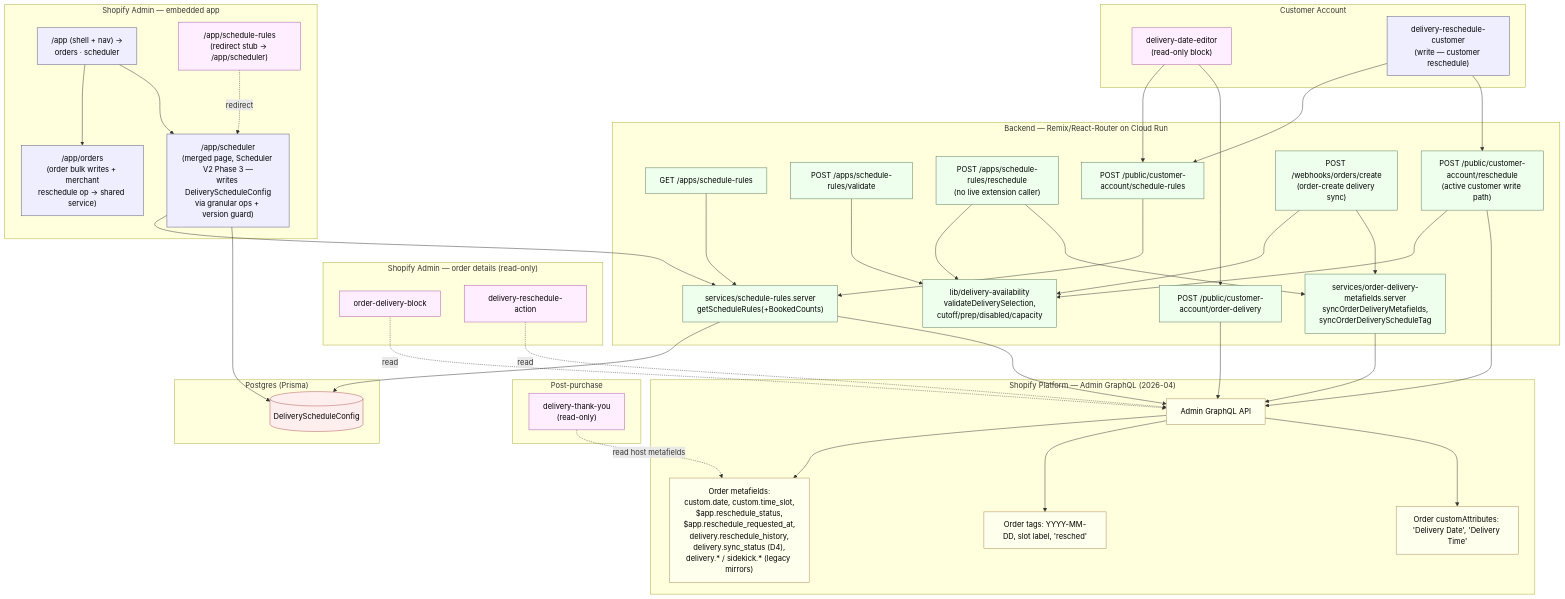
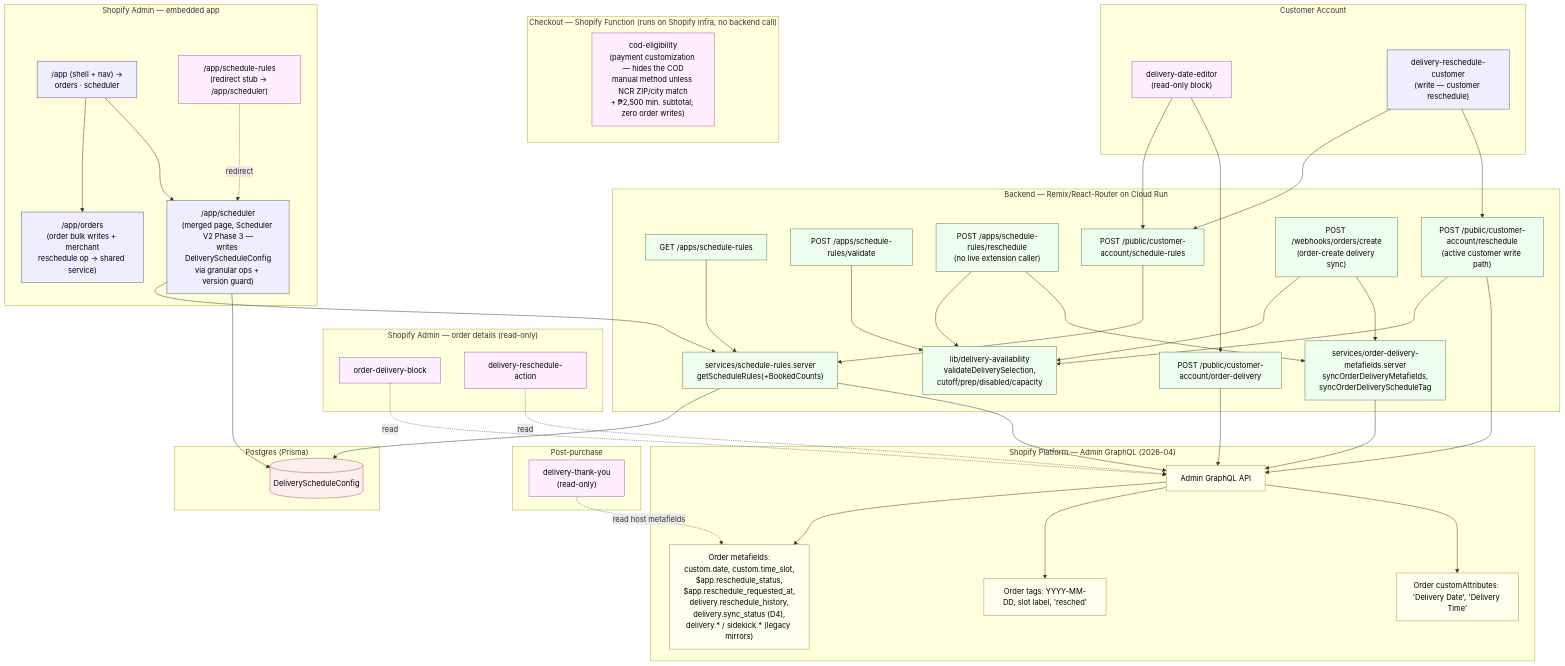
The first of 3 diagrams in docs/architecture.md (flwrdev/delivery-scheduler), drawn with Mermaid before and after one commit. The commit also changed 30 other files, not shown here.

```diff
--- a/docs/architecture.md
+++ b/docs/architecture.md
@@ -46,6 +46,10 @@
 
     subgraph THANKYOU["Post-purchase"]
         TY["delivery-thank-you<br/>(read-only)"]:::rd
+    end
+
+    subgraph CHECKOUT["Checkout — Shopify Function (runs on Shopify infra, no backend call)"]
+        COD["cod-eligibility<br/>(payment customization — hides the COD<br/>manual method unless NCR ZIP/city match<br/>+ ₱2,500 min. subtotal; zero order writes)"]:::rd
     end
 
     subgraph CUSTACCT["Customer Account"]
```
